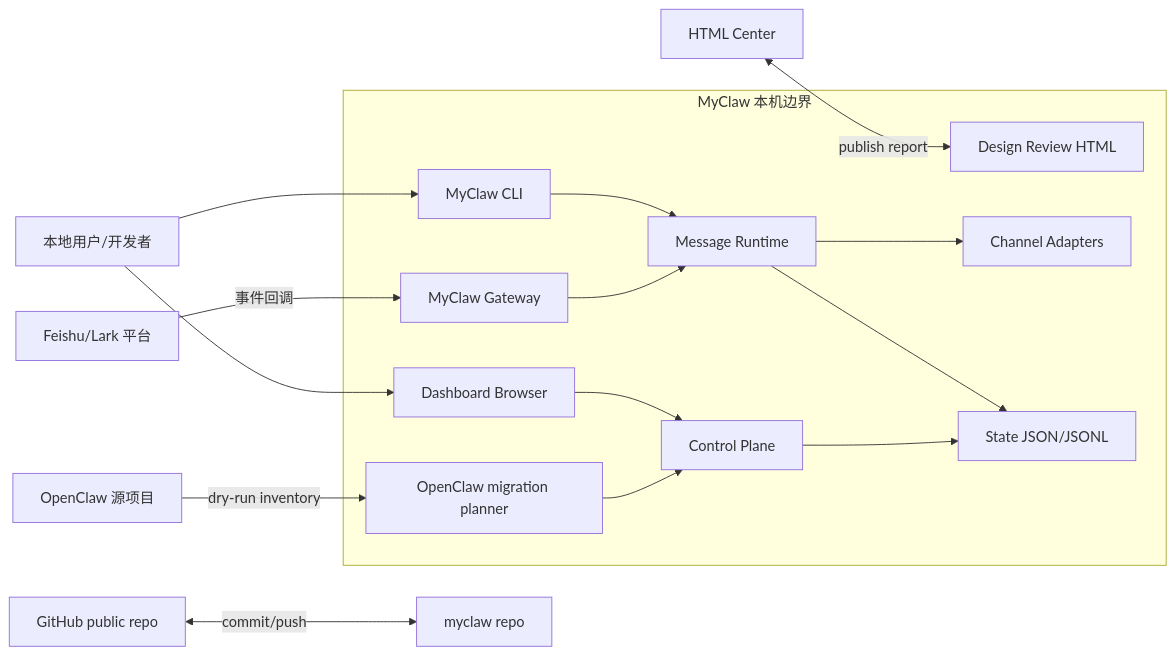
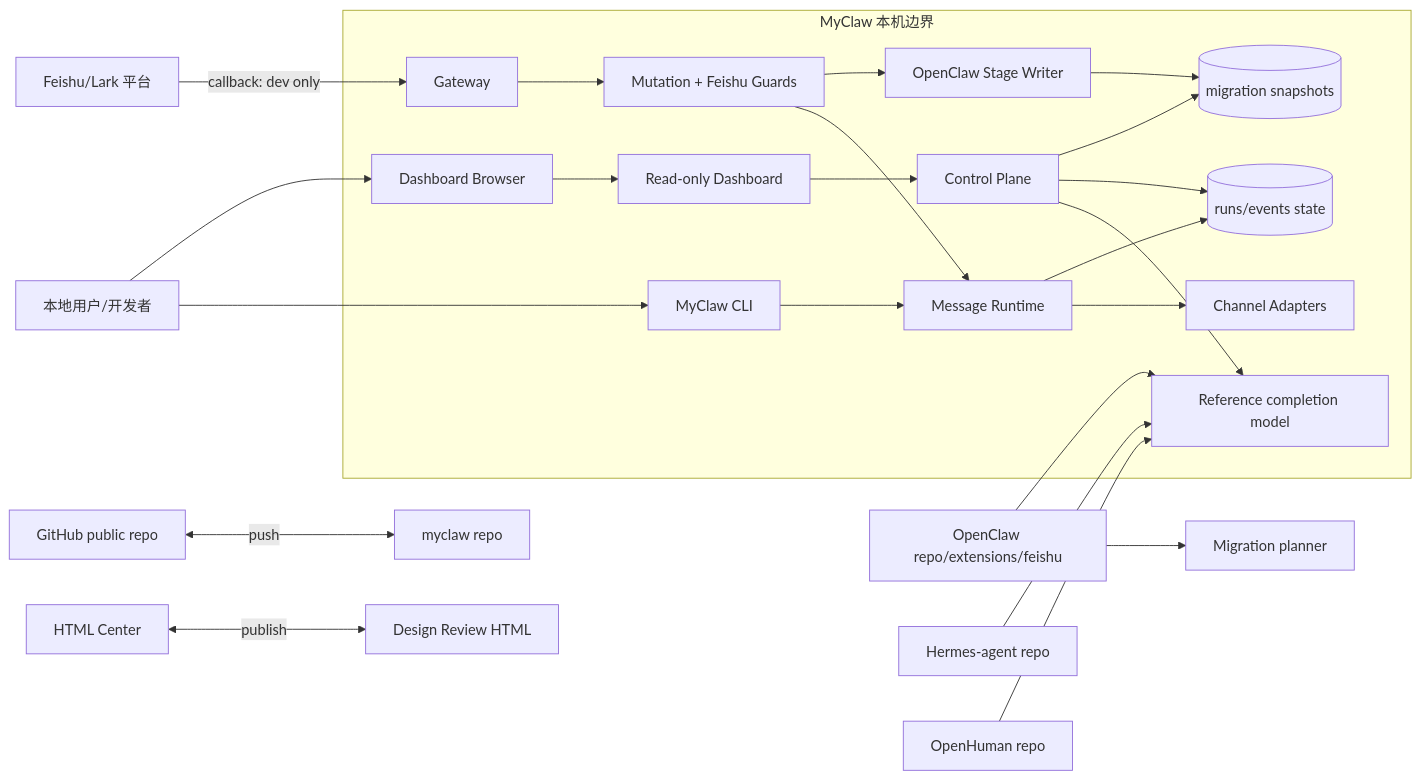
The first of 8 diagrams in docs/implementation-architecture.md (mayf3/myclaw), drawn with Mermaid before and after one commit. The commit also changed other lines of this file and 13 other files, not shown here.

Commit message:
feat: add reference-aware dashboard

````diff
--- a/docs/implementation-architecture.md
+++ b/docs/implementation-architecture.md
@@ -23,20 +44,27 @@
 ```mermaid
 flowchart LR
   User[本地用户/开发者] --> CLI[MyClaw CLI]
-  User --> Dashboard[Dashboard Browser]
-  Feishu[Feishu/Lark 平台] -->|事件回调| Gateway[MyClaw Gateway]
-  GitHub[GitHub public repo] <-->|commit/push| Repo[myclaw repo]
-  OpenClaw[OpenClaw 源项目] -->|dry-run inventory| Migration[OpenClaw migration planner]
-  HtmlCenter[HTML Center] <-->|publish report| Docs[Design Review HTML]
+  User --> Browser[Dashboard Browser]
+  Feishu[Feishu/Lark 平台] -->|callback: dev only| Gateway[Gateway]
+  OpenClaw[OpenClaw repo/extensions/feishu] --> Planner[Migration planner]
+  OpenClaw --> Reference[Reference completion model]
+  Hermes[Hermes-agent repo] --> Reference
+  OpenHuman[OpenHuman repo] --> Reference
+  GitHub[GitHub public repo] <-->|push| Repo[myclaw repo]
+  HtmlCenter[HTML Center] <-->|publish| Reports[Design Review HTML]
 
-  subgraph Boundary[MyClaw 本机边界]
+  subgraph MyClaw[MyClaw 本机边界]
     CLI --> Runtime[Message Runtime]
-    Gateway --> Runtime
-    Dashboard --> Control[Control Plane]
+    Gateway --> Guard[Mutation + Feishu Guards]
+    Guard --> Runtime
+    Guard --> StageWriter[OpenClaw Stage Writer]
+    Browser --> DashboardServer[Read-only Dashboard]
+    DashboardServer --> Control[Control Plane]
     Runtime --> Channels[Channel Adapters]
-    Runtime --> State[State JSON/JSONL]
+    Runtime --> State[(runs/events state)]
+    StageWriter --> StageState[(migration snapshots)]
+    Control --> Reference
     Control --> State
-    Migration --> Control
-    Docs
+    Control --> StageState
   end
 ```
````
